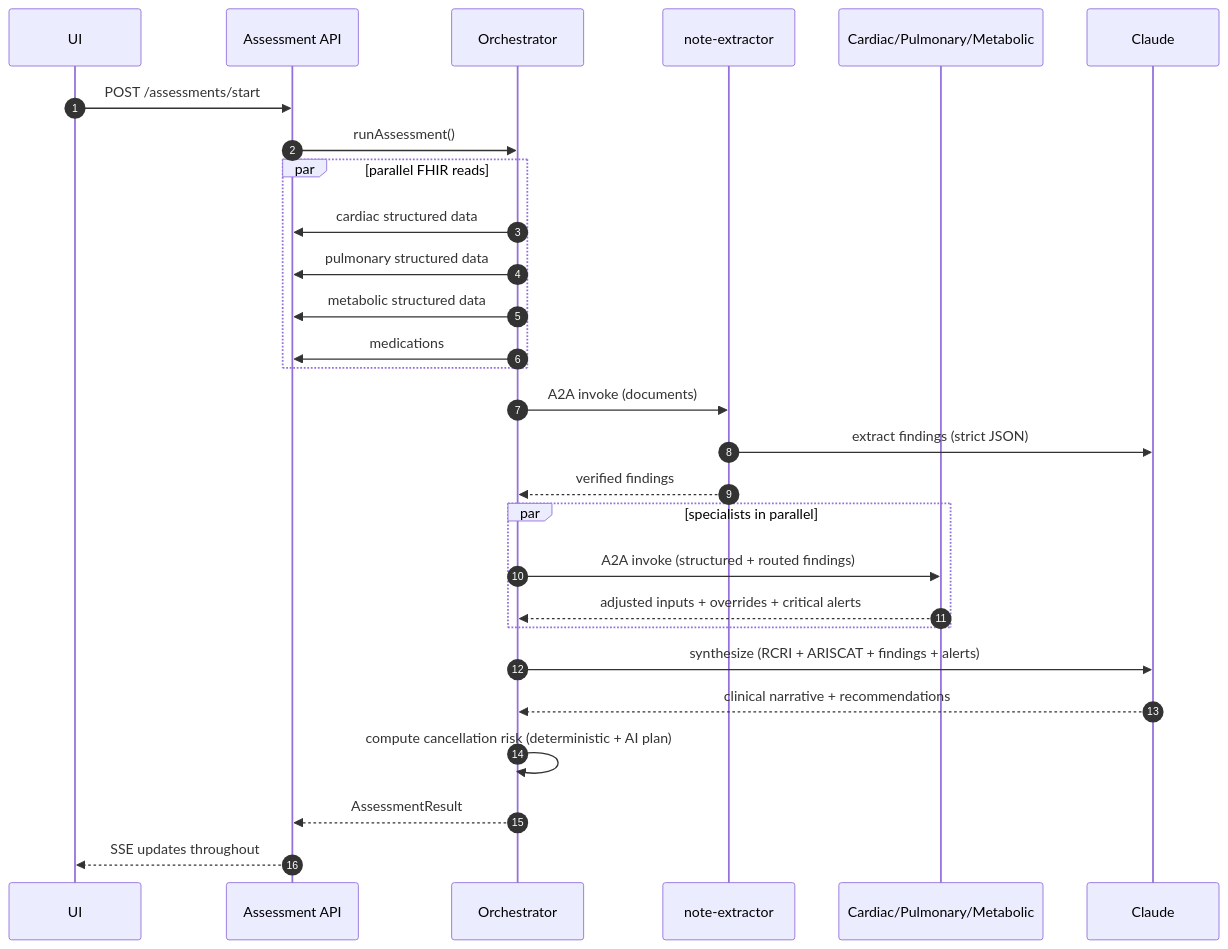
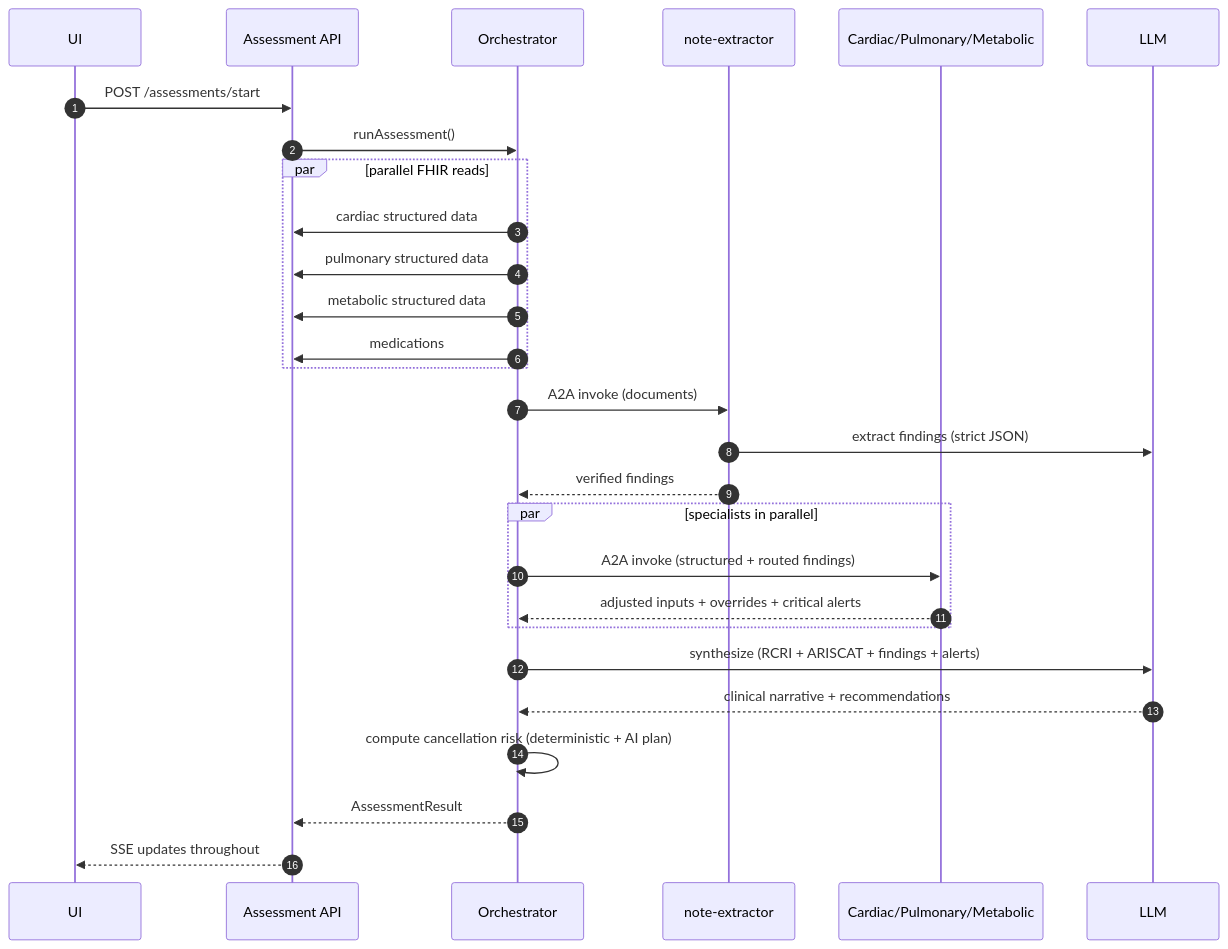
One commit to yatinkalra22/preop-intel changed the second of 2 diagrams in docs/ARCHITECTURE.md. Above: the diagram before and after it, drawn with Mermaid. The commit also changed other lines of this file and 33 other files, not shown here.

````diff
--- a/docs/ARCHITECTURE.md
+++ b/docs/ARCHITECTURE.md
@@ -97,31 +131,31 @@
 ```mermaid
 sequenceDiagram
     autonumber
     participant UI
     participant API as Assessment API
     participant Orch as Orchestrator
     participant NX as note-extractor
     participant Spec as Cardiac/Pulmonary/Metabolic
-    participant Claude
+    participant LLM
 
     UI->>API: POST /assessments/start
     API->>Orch: runAssessment()
     par parallel FHIR reads
       Orch->>API: cardiac structured data
       Orch->>API: pulmonary structured data
       Orch->>API: metabolic structured data
       Orch->>API: medications
     end
     Orch->>NX: A2A invoke (documents)
-    NX->>Claude: extract findings (strict JSON)
+    NX->>LLM: extract findings (strict JSON)
     NX-->>Orch: verified findings
     par specialists in parallel
       Orch->>Spec: A2A invoke (structured + routed findings)
       Spec-->>Orch: adjusted inputs + overrides + critical alerts
     end
-    Orch->>Claude: synthesize (RCRI + ARISCAT + findings + alerts)
-    Claude-->>Orch: clinical narrative + recommendations
+    Orch->>LLM: synthesize (RCRI + ARISCAT + findings + alerts)
+    LLM-->>Orch: clinical narrative + recommendations
     Orch->>Orch: compute cancellation risk (deterministic + AI plan)
     Orch-->>API: AssessmentResult
     API-->>UI: SSE updates throughout
 ```
````
